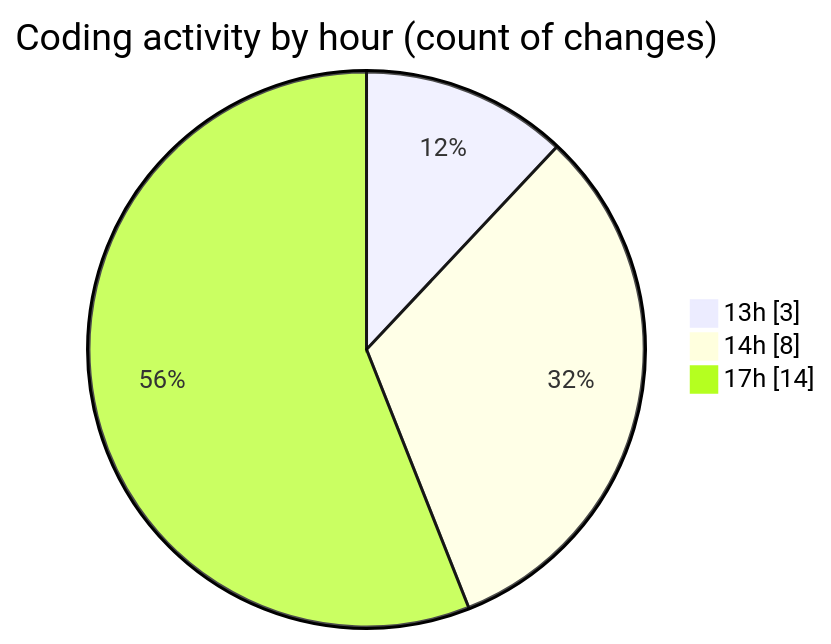
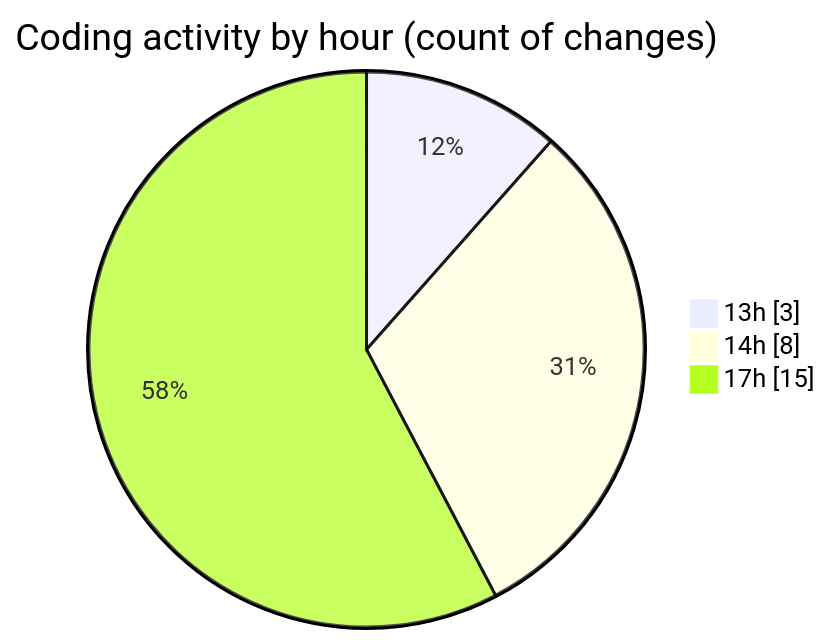
Before and after one commit to NitaiMahat/code-tracking: the second of 2 diagrams in 2025-02-04/recipe-page-main/README.md, drawn with Mermaid. The commit also changed other lines of this file and 1 other file, not shown here.

````diff
--- a/2025-02-04/recipe-page-main/README.md
+++ b/2025-02-04/recipe-page-main/README.md
@@ -30,7 +30,7 @@
 ```mermaid
 pie showData
 title Coding activity by hour (count of changes)
 "13h" : 3
 "14h" : 8
-"17h" : 14
+"17h" : 15
 ```
````
